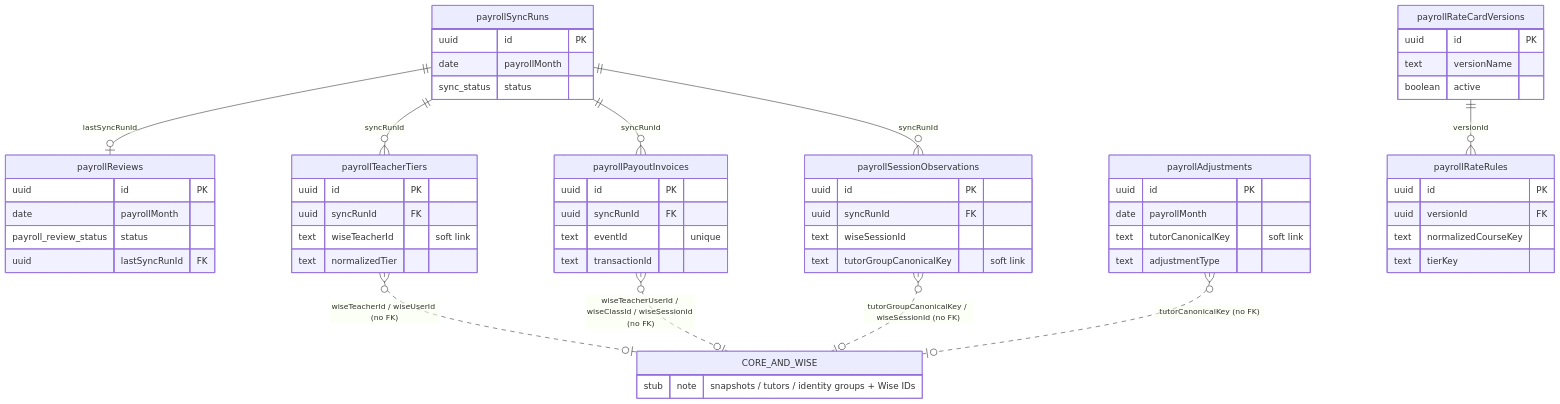
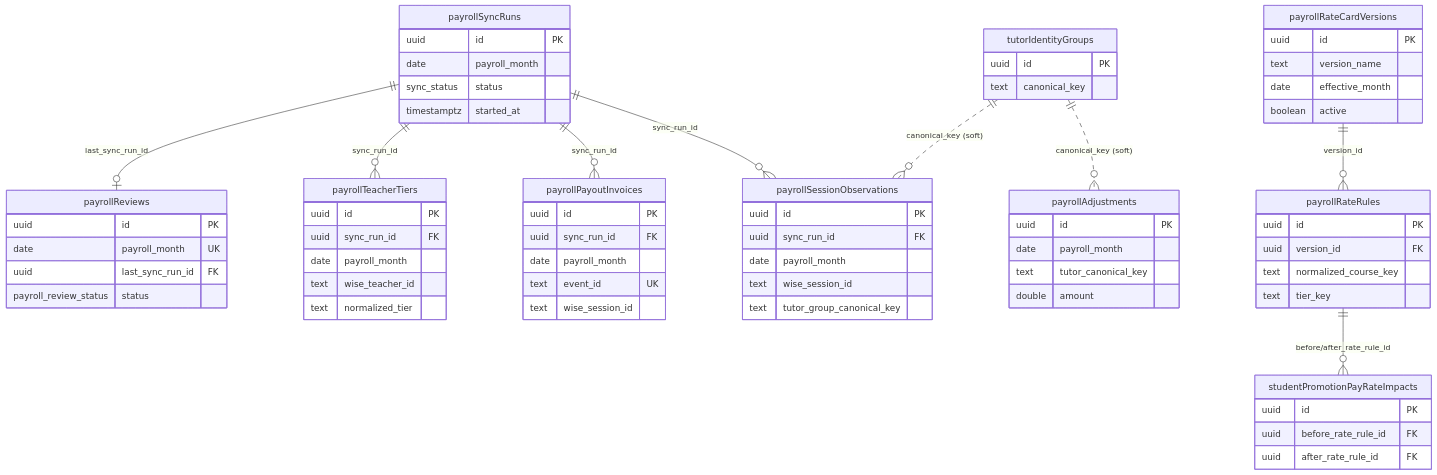
Before and after one commit to kasheesh711/bgscheduler: the diagram in docs/reference/database/erd-payroll.md, drawn with Mermaid. The commit also changed other lines of this file and 71 other files, not shown here.

````diff
--- a/docs/reference/database/erd-payroll.md
+++ b/docs/reference/database/erd-payroll.md
@@ -35,64 +24,72 @@
 ```mermaid
 erDiagram
     payrollSyncRuns {
         uuid id PK
-        date payrollMonth
+        date payroll_month
         sync_status status
+        timestamptz started_at
     }
     payrollReviews {
         uuid id PK
-        date payrollMonth
+        date payroll_month UK
+        uuid last_sync_run_id FK
         payroll_review_status status
-        uuid lastSyncRunId FK
     }
     payrollTeacherTiers {
         uuid id PK
-        uuid syncRunId FK
-        text wiseTeacherId "soft link"
-        text normalizedTier
+        uuid sync_run_id FK
+        date payroll_month
+        text wise_teacher_id
+        text normalized_tier
     }
     payrollPayoutInvoices {
         uuid id PK
-        uuid syncRunId FK
-        text eventId "unique"
-        text transactionId
+        uuid sync_run_id FK
+        date payroll_month
+        text event_id UK
+        text wise_session_id
     }
     payrollSessionObservations {
         uuid id PK
-        uuid syncRunId FK
-        text wiseSessionId
-        text tutorGroupCanonicalKey "soft link"
+        uuid sync_run_id FK
+        date payroll_month
+        text wise_session_id
+        text tutor_group_canonical_key
     }
     payrollAdjustments {
         uuid id PK
-        date payrollMonth
-        text tutorCanonicalKey "soft link"
-        text adjustmentType
+        date payroll_month
+        text tutor_canonical_key
+        double amount
     }
     payrollRateCardVersions {
         uuid id PK
-        text versionName
+        text version_name
+        date effective_month
         boolean active
     }
     payrollRateRules {
         uuid id PK
-        uuid versionId FK
-        text normalizedCourseKey
-        text tierKey
+        uuid version_id FK
+        text normalized_course_key
+        text tier_key
+    }
+    tutorIdentityGroups {
+        uuid id PK
+        text canonical_key
+    }
+    studentPromotionPayRateImpacts {
+        uuid id PK
+        uuid before_rate_rule_id FK
+        uuid after_rate_rule_id FK
     }
 
-    CORE_AND_WISE {
-        stub note "snapshots / tutors / identity groups + Wise IDs"
-    }
-
-    payrollSyncRuns ||--o| payrollReviews : "lastSyncRunId"
-    payrollSyncRuns ||--o{ payrollTeacherTiers : "syncRunId"
-    payrollSyncRuns ||--o{ payrollPayoutInvoices : "syncRunId"
-    payrollSyncRuns ||--o{ payrollSessionObservations : "syncRunId"
-    payrollRateCardVersions ||--o{ payrollRateRules : "versionId"
-
-    payrollTeacherTiers }o..o| CORE_AND_WISE : "wiseTeacherId / wiseUserId (no FK)"
-    payrollPayoutInvoices }o..o| CORE_AND_WISE : "wiseTeacherUserId / wiseClassId / wiseSessionId (no FK)"
-    payrollSessionObservations }o..o| CORE_AND_WISE : "tutorGroupCanonicalKey / wiseSessionId (no FK)"
-    payrollAdjustments }o..o| CORE_AND_WISE : "tutorCanonicalKey (no FK)"
+    payrollSyncRuns ||--o{ payrollTeacherTiers : "sync_run_id"
+    payrollSyncRuns ||--o{ payrollPayoutInvoices : "sync_run_id"
+    payrollSyncRuns ||--o{ payrollSessionObservations : "sync_run_id"
+    payrollSyncRuns ||--o| payrollReviews : "last_sync_run_id"
+    payrollRateCardVersions ||--o{ payrollRateRules : "version_id"
+    payrollRateRules ||--o{ studentPromotionPayRateImpacts : "before/after_rate_rule_id"
+    tutorIdentityGroups ||..o{ payrollSessionObservations : "canonical_key (soft)"
+    tutorIdentityGroups ||..o{ payrollAdjustments : "canonical_key (soft)"
 ```
````
